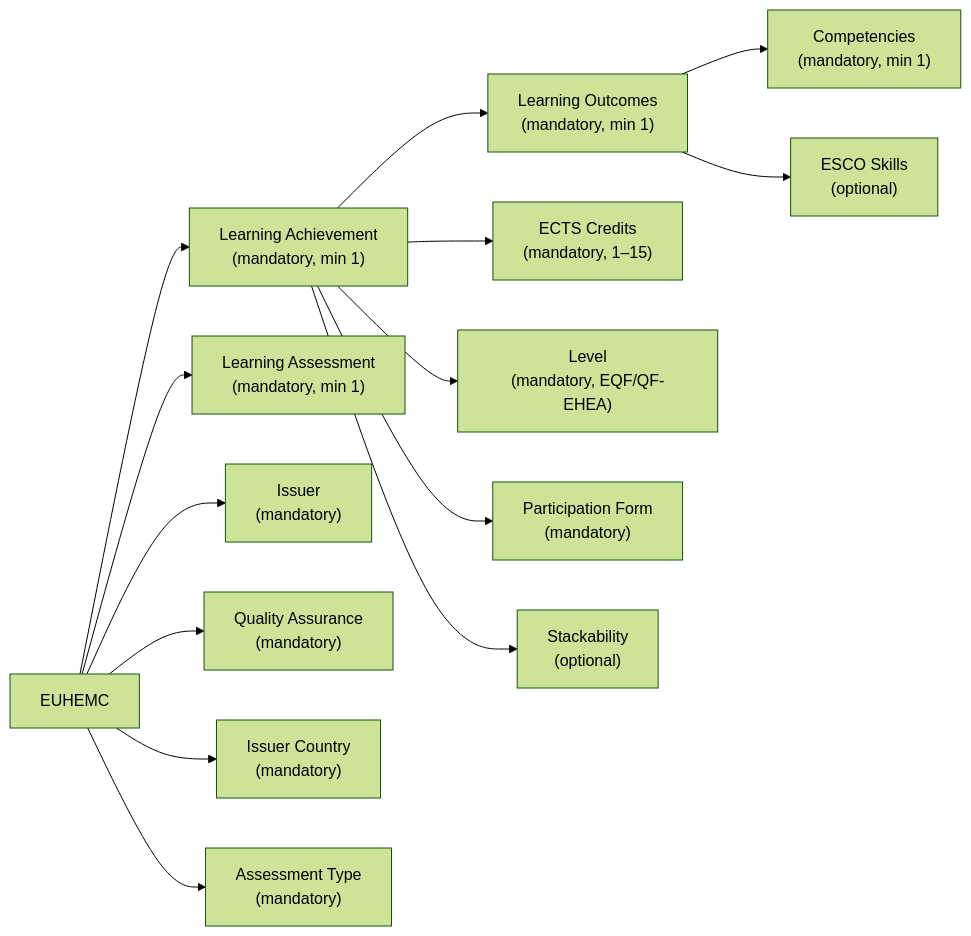
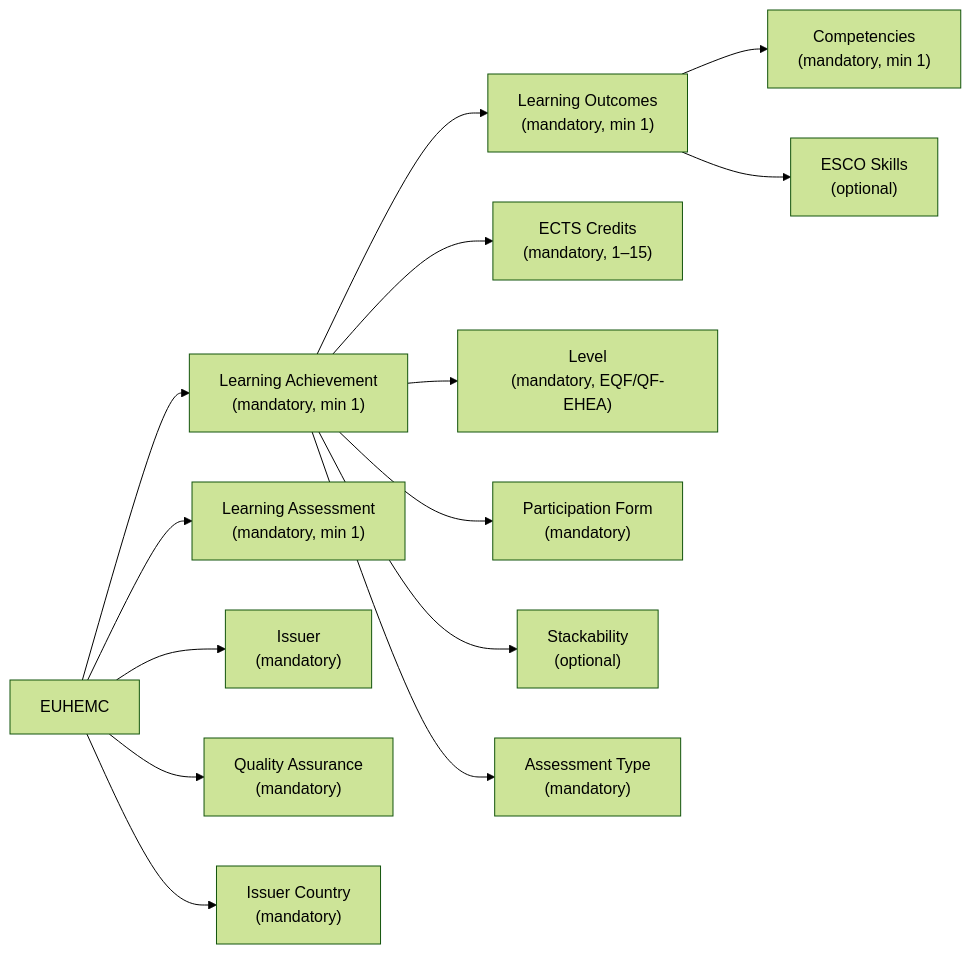
One commit to dc4eu/educational-pilot changed the diagram in sectorial-eaa-catalogue/formal-education/business/highereducation-microcredential.md. Above: the diagram before and after it, drawn with Mermaid (forest theme).

````diff
--- a/sectorial-eaa-catalogue/formal-education/business/highereducation-microcredential.md
+++ b/sectorial-eaa-catalogue/formal-education/business/highereducation-microcredential.md
@@ -52,16 +52,16 @@
 ```mermaid
 flowchart LR
     A["EUHEMC"] --> B["Learning Achievement<br>(mandatory, min 1)"]
     A --> C["Learning Assessment<br>(mandatory, min 1)"]
     A --> D["Issuer<br>(mandatory)"]
     A --> E["Quality Assurance<br>(mandatory)"]
     A --> F["Issuer Country<br>(mandatory)"]
-    A --> L["Assessment Type<br>(mandatory)"]
     B --> G["Learning Outcomes<br>(mandatory, min 1)"]
     B --> H["ECTS Credits<br>(mandatory, 1–15)"]
     B --> I["Level<br>(mandatory, EQF/QF-EHEA)"]
     B --> J["Participation Form<br>(mandatory)"]
     B --> K["Stackability<br>(optional)"]
+    B --> L["Assessment Type<br>(mandatory)"]
     G --> M["Competencies<br>(mandatory, min 1)"]
     G --> N["ESCO Skills<br>(optional)"]
 ```
````
